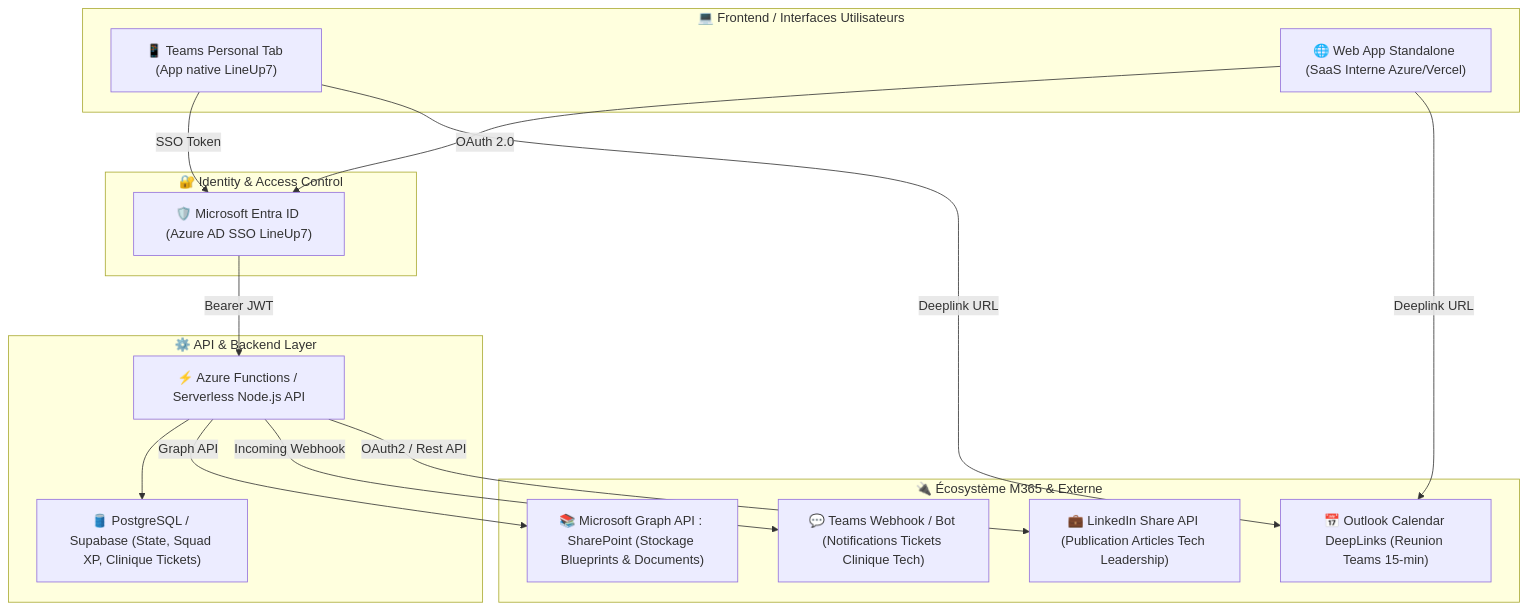
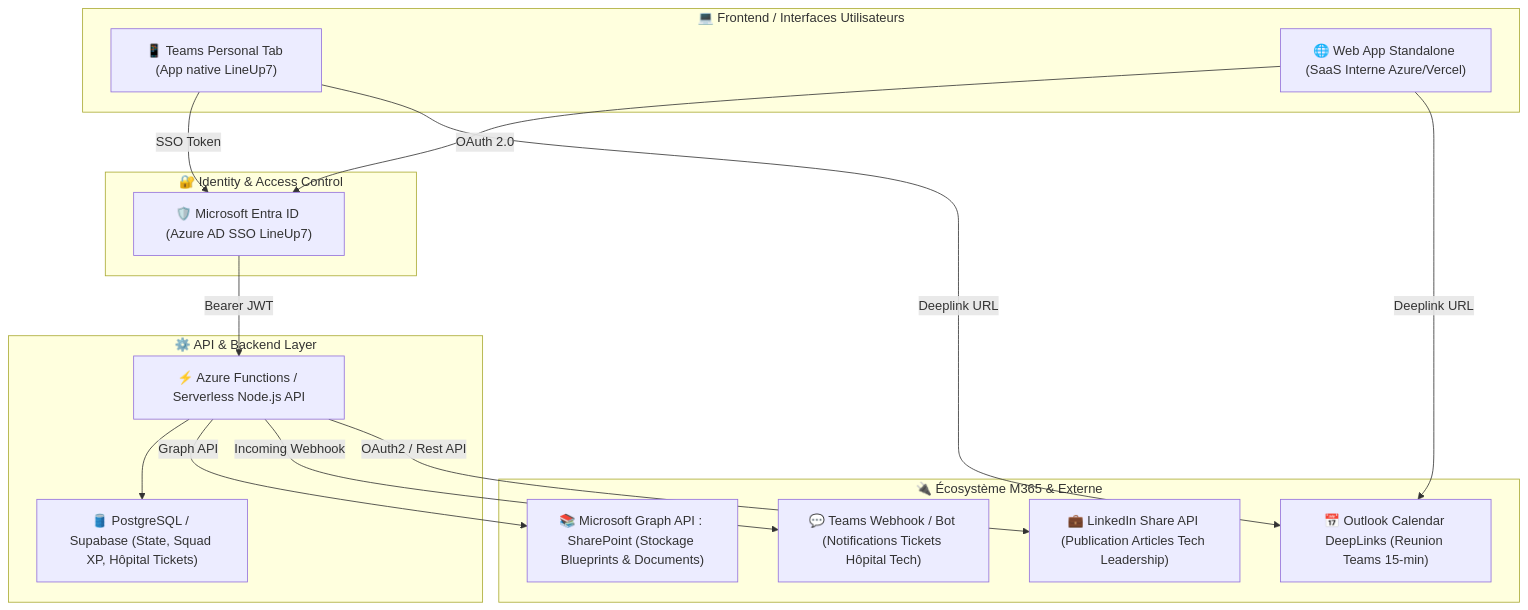
One commit to BoramiUNG/Communaute_Expert changed the first of 3 diagrams in Communauté Expert.md. Above: the diagram before and after it, drawn with Mermaid. The commit also changed other lines of this file and 3 other files, not shown here.

Commit message:
Renommage de la section Clinique Tech en Hôpital Tech

````diff
--- a/Communauté Expert.md
+++ b/Communauté Expert.md
@@ -12,32 +12,32 @@
 ```mermaid
 flowchart TD
     subgraph Client ["💻 Frontend / Interfaces Utilisateurs"]
         A1["📱 Teams Personal Tab (App native LineUp7)"]
         A2["🌐 Web App Standalone (SaaS Interne Azure/Vercel)"]
     end
 
     subgraph Auth ["🔐 Identity & Access Control"]
         B1["🛡️ Microsoft Entra ID (Azure AD SSO LineUp7)"]
     end
 
     subgraph Backend ["⚙️ API & Backend Layer"]
         C1["⚡ Azure Functions / Serverless Node.js API"]
-        C2["🛢️ PostgreSQL / Supabase (State, Squad XP, Clinique Tickets)"]
+        C2["🛢️ PostgreSQL / Supabase (State, Squad XP, Hôpital Tickets)"]
     end
 
     subgraph Integrations ["🔌 Écosystème M365 & Externe"]
         D1["📚 Microsoft Graph API : SharePoint (Stockage Blueprints & Documents)"]
-        D2["💬 Teams Webhook / Bot (Notifications Tickets Clinique Tech)"]
+        D2["💬 Teams Webhook / Bot (Notifications Tickets Hôpital Tech)"]
         D3["📅 Outlook Calendar DeepLinks (Reunion Teams 15-min)"]
         D4["💼 LinkedIn Share API (Publication Articles Tech Leadership)"]
     end
 
     A1 -->|SSO Token| B1
     A2 -->|OAuth 2.0| B1
     B1 -->|Bearer JWT| C1
     C1 --> C2
     C1 -->|Graph API| D1
     C1 -->|Incoming Webhook| D2
     A1 & A2 -->|Deeplink URL| D3
     C1 -->|OAuth2 / Rest API| D4
 ```
````
